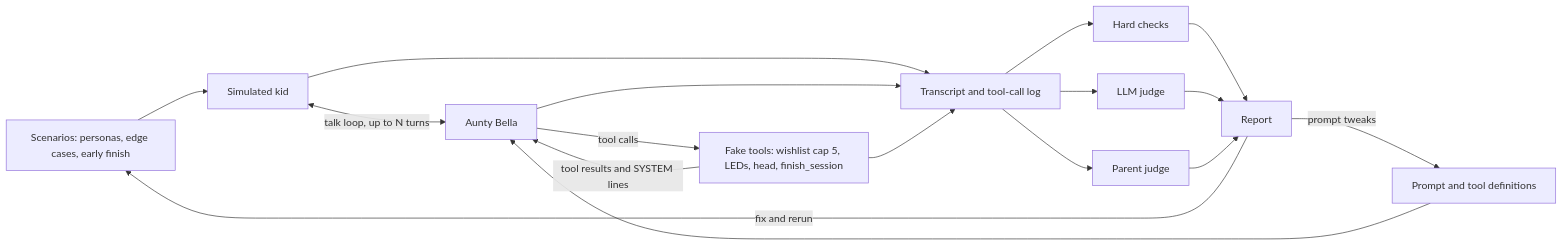
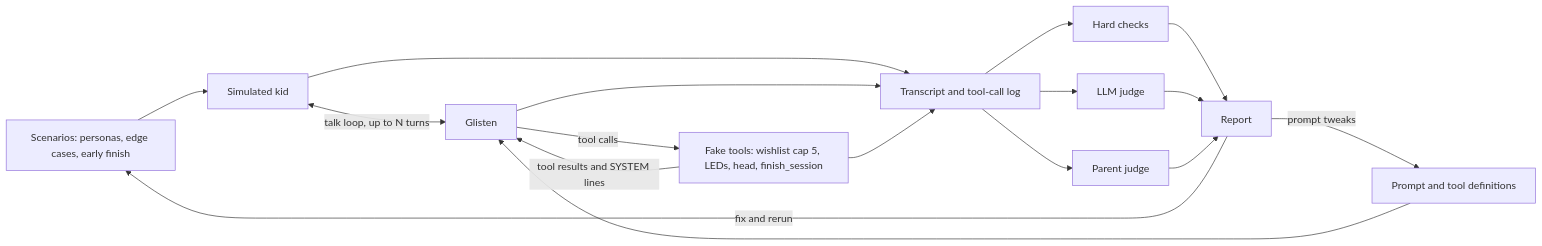
The first of 3 diagrams in docs/prompt-testing.md (build40for40/day11), drawn with Mermaid before and after one commit. The commit also changed other lines of this file and 163 other files, not shown here.

Commit message:
Day 11: rename character Aunty Bella to Glisten

````diff
--- a/docs/prompt-testing.md
+++ b/docs/prompt-testing.md
@@ -33,19 +33,19 @@
 ```mermaid
 flowchart LR
     SC["Scenarios: personas, edge cases, early finish"] --> SK["Simulated kid"]
-    PT["Prompt and tool definitions"] --> AB["Aunty Bella"]
+    PT["Prompt and tool definitions"] --> AB["Glisten"]
     SK <-->|"talk loop, up to N turns"| AB
     AB -->|"tool calls"| FT["Fake tools: wishlist cap 5, LEDs, head, finish_session"]
     FT -->|"tool results and SYSTEM lines"| AB
     SK --> TR["Transcript and tool-call log"]
     AB --> TR
     FT --> TR
     TR --> HC["Hard checks"]
     TR --> LJ["LLM judge"]
     TR --> PJ["Parent judge"]
     HC --> RP["Report"]
     LJ --> RP
     PJ --> RP
     RP -->|"prompt tweaks"| PT
     RP -->|"fix and rerun"| SC
 ```
````
